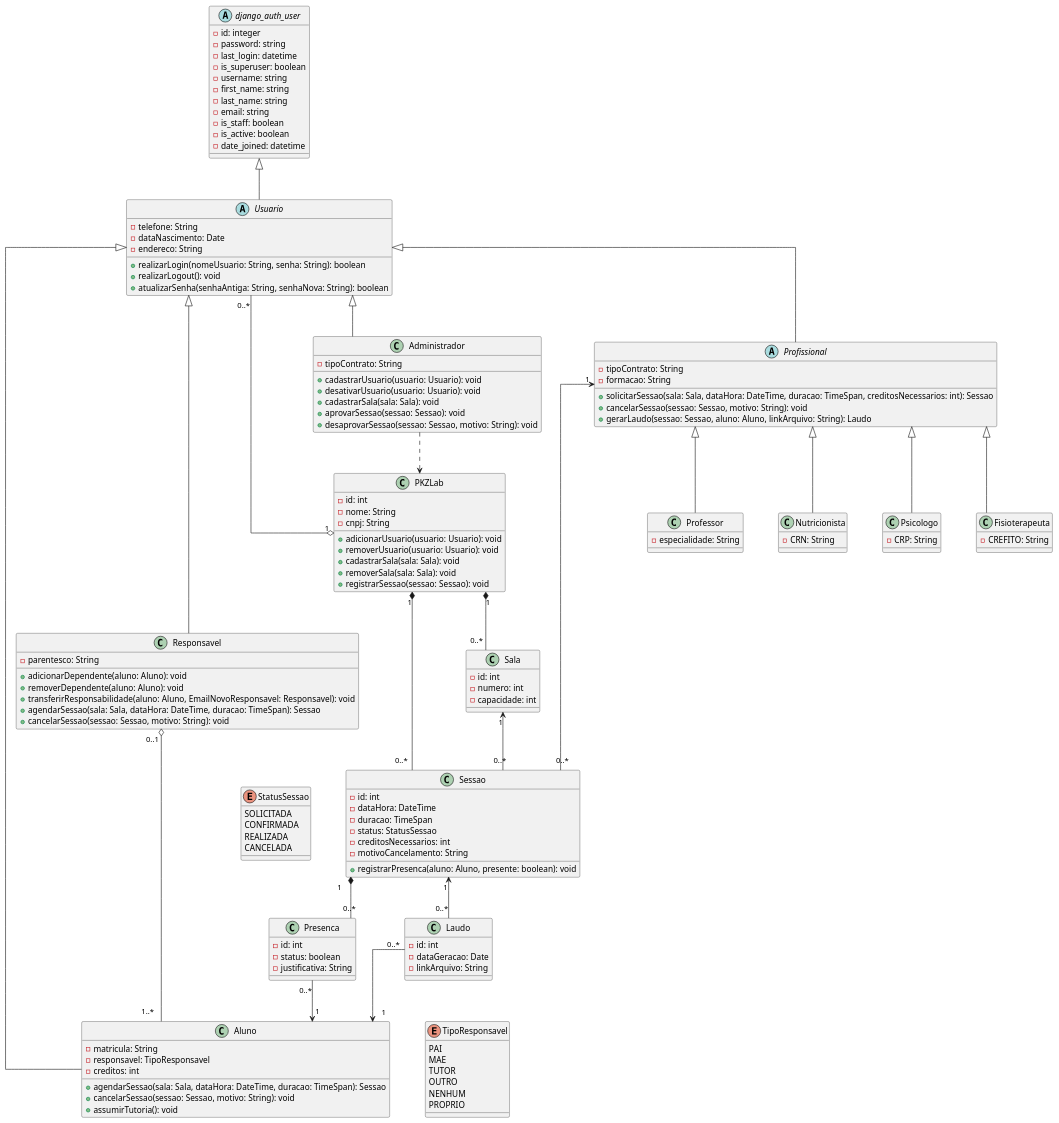
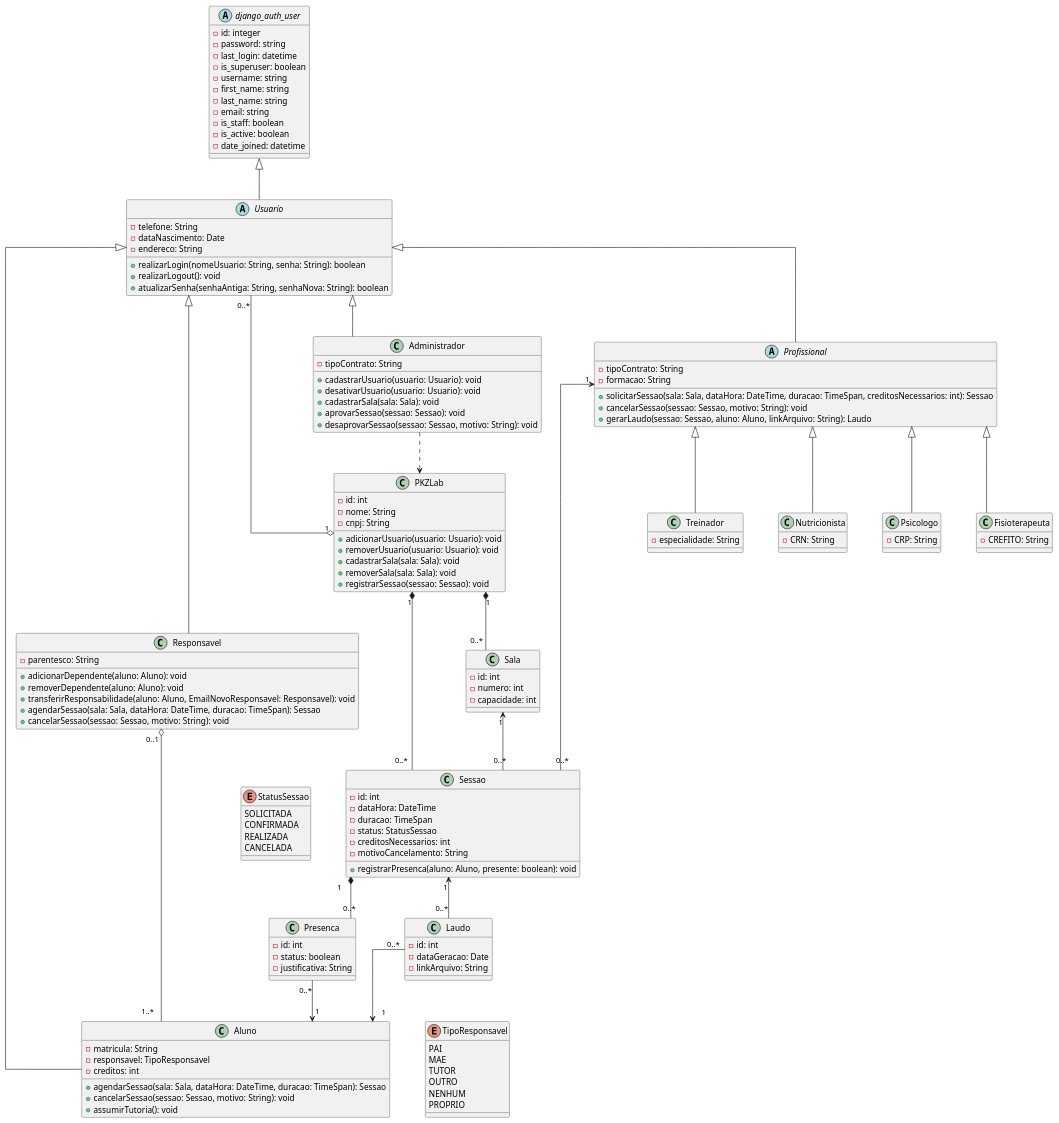
Before and after one commit to Projetos-de-Extensao/PECDII_26.2_8001_III: the diagram in docs/Elaboracao/diagrama_de_classes.puml, drawn with PlantUML. The commit also changed 1 other file, not shown here.

Commit message:
docs: muda o nome da Classe Prodessor para Treinador no diagrama de classes

```diff
--- a/docs/Elaboracao/diagrama_de_classes.puml
+++ b/docs/Elaboracao/diagrama_de_classes.puml
@@ -1,188 +1,188 @@
 @startuml
 skinparam linetype ortho
 skinparam nodesep 60
 skinparam ranksep 70
 
 ' ==========================================
 ' ENUMS
 ' ==========================================
 enum StatusSessao {
     SOLICITADA
     CONFIRMADA
     REALIZADA
     CANCELADA
 }
 
 ' ==========================================
 ' AGREGADOR RAIZ / SISTEMA (PKZLab)
 ' ==========================================
 class PKZLab {
     - id: int
     - nome: String
     - cnpj: String
     + adicionarUsuario(usuario: Usuario): void
     + removerUsuario(usuario: Usuario): void
     + cadastrarSala(sala: Sala): void
     + removerSala(sala: Sala): void
     + registrarSessao(sessao: Sessao): void
 }
 
 ' ==========================================
 ' HIERARQUIA DE USUÁRIOS
 ' ==========================================
 
 abstract class django_auth_user {
     - id: integer
     - password: string
     - last_login: datetime
     - is_superuser: boolean
     - username: string
     - first_name: string
     - last_name: string
     - email: string
     - is_staff: boolean
     - is_active: boolean
     - date_joined: datetime
 }
 
 abstract class Usuario {
     - telefone: String
     - dataNascimento: Date
     - endereco: String
     + realizarLogin(nomeUsuario: String, senha: String): boolean
     + realizarLogout(): void
     + atualizarSenha(senhaAntiga: String, senhaNova: String): boolean
 }
 
 class Administrador {
     - tipoContrato: String
     + cadastrarUsuario(usuario: Usuario): void
     + desativarUsuario(usuario: Usuario): void
     + cadastrarSala(sala: Sala): void
     + aprovarSessao(sessao: Sessao): void
     + desaprovarSessao(sessao: Sessao, motivo: String): void
 }
 
 class Responsavel {
     - parentesco: String
     + adicionarDependente(aluno: Aluno): void
     + removerDependente(aluno: Aluno): void
     + transferirResponsabilidade(aluno: Aluno, EmailNovoResponsavel: Responsavel): void
     + agendarSessao(sala: Sala, dataHora: DateTime, duracao: TimeSpan): Sessao
     + cancelarSessao(sessao: Sessao, motivo: String): void
 
 }
 
 enum TipoResponsavel {
     PAI
     MAE
     TUTOR
     OUTRO
     NENHUM
     PROPRIO
 }
 
 class Aluno {
     - matricula: String
     - responsavel: TipoResponsavel
     - creditos: int
     + agendarSessao(sala: Sala, dataHora: DateTime, duracao: TimeSpan): Sessao
     + cancelarSessao(sessao: Sessao, motivo: String): void
     + assumirTutoria(): void
 }
 
 abstract class Profissional {
     - tipoContrato: String
     - formacao: String
     + solicitarSessao(sala: Sala, dataHora: DateTime, duracao: TimeSpan, creditosNecessarios: int): Sessao
     + cancelarSessao(sessao: Sessao, motivo: String): void
     + gerarLaudo(sessao: Sessao, aluno: Aluno, linkArquivo: String): Laudo
 }
 
-class Professor {
+class Treinador {
     - especialidade: String
 }
 
 class Nutricionista {
     - CRN: String
 }
 
 class Psicologo {
     - CRP: String
 }
 
 class Fisioterapeuta{
     - CREFITO: String
 }
 
 django_auth_user <|-- Usuario
 
 Usuario <|-- Administrador
 Usuario <|-- Responsavel
 Usuario <|-- Aluno
 Usuario <|-- Profissional
 
-Profissional <|-- Professor
+Profissional <|-- Treinador
 Profissional <|-- Nutricionista
 Profissional <|-- Psicologo
 Profissional <|-- Fisioterapeuta
 
 Responsavel "0..1" o-- "1..*" Aluno
 
 TipoResponsavel -[hidden]left-> Aluno
 
 ' ==========================================
 ' SESSÃO, SALA E AGENDAMENTO
 ' ==========================================
 class Sala {
     - id: int
     - numero: int
     - capacidade: int
 }
 
 class Sessao {
     - id: int
     - dataHora: DateTime
     - duracao: TimeSpan
     - status: StatusSessao
     - creditosNecessarios: int
     - motivoCancelamento: String
     + registrarPresenca(aluno: Aluno, presente: boolean): void
 }
 
 class Presenca {
     - id: int
     - status: boolean
     - justificativa: String
 }
 
 class Laudo {
     - id: int
     - dataGeracao: Date
     - linkArquivo: String
 }
 
 ' ==========================================
 ' RELACIONAMENTOS DO PKZLab E ADMINISTRAÇÃO
 ' ==========================================
 PKZLab "1" o-- "0..*" Usuario
 PKZLab "1" *-- "0..*" Sala
 PKZLab "1" *-- "0..*" Sessao
 
 Administrador ..> PKZLab
 
 ' ==========================================
 ' RELACIONAMENTOS OPERACIONAIS
 ' ==========================================
 Profissional "1" <-- "0..*" Sessao
 Sala "1" <-- "0..*" Sessao
 
 Sessao "1" *-- "0..*" Presenca
 Presenca "0..*" --> "1" Aluno
 
 Sessao "1" <-- "0..*" Laudo
 Laudo "0..*" --> "1" Aluno
 
 StatusSessao -[hidden]right-> Sessao
 
 @enduml
```
